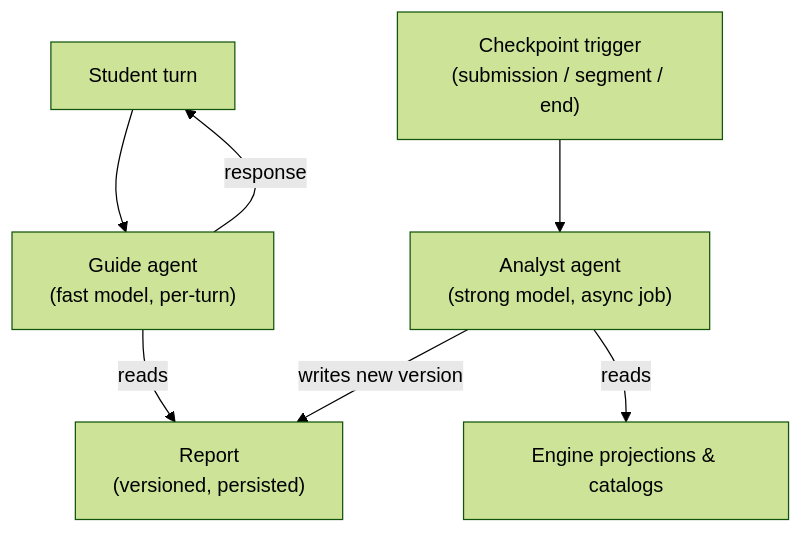
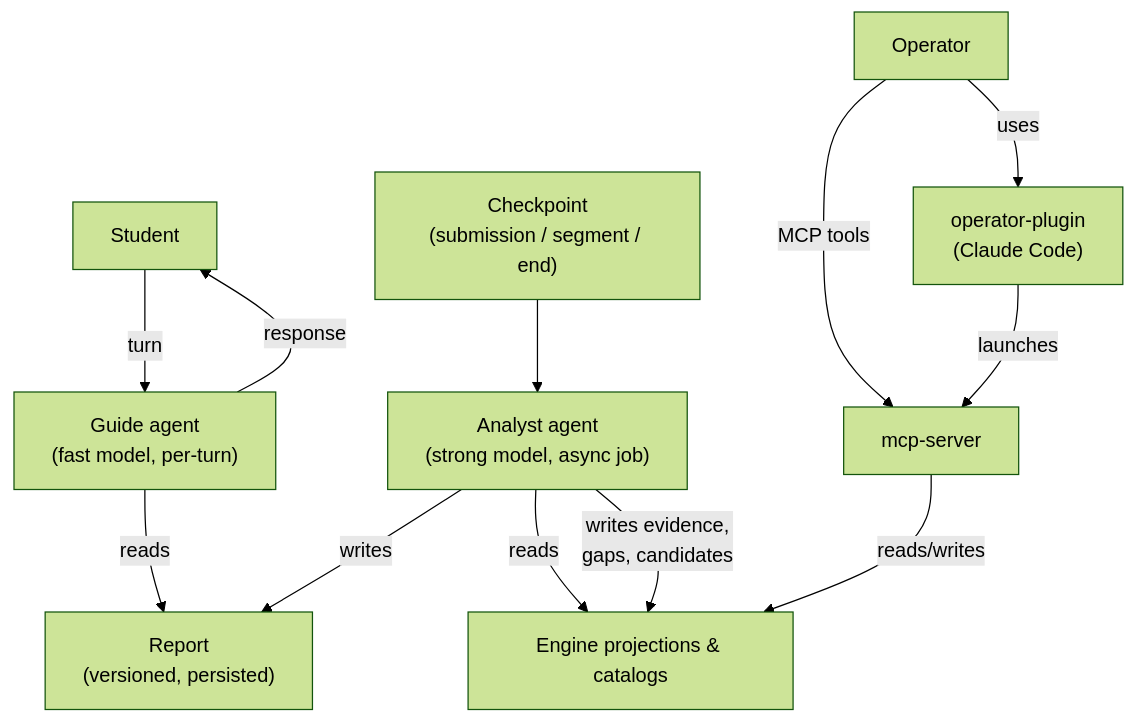
The first of 5 diagrams in src/content/docs/architecture/llm-agents.md (stemolly/wiki), drawn with Mermaid (forest theme) before and after one commit. The commit also changed other lines of this file and 57 other files, not shown here.

````diff
--- a/src/content/docs/architecture/llm-agents.md
+++ b/src/content/docs/architecture/llm-agents.md
@@ -8,9 +8,14 @@
 ```mermaid
 flowchart TD
-    Student["Student turn"] --> Guide["Guide agent<br/>(fast model, per-turn)"]
-    Guide -->|"reads"| Report["Report<br/>(versioned, persisted)"]
-    Guide -->|"response"| Student
-    Checkpoint["Checkpoint trigger<br/>(submission / segment / end)"] --> Analyst["Analyst agent<br/>(strong model, async job)"]
-    Analyst -->|"reads"| Engine["Engine projections & catalogs"]
-    Analyst -->|"writes new version"| Report
+    S["Student"] -->|"turn"| G["Guide agent<br/>(fast model, per-turn)"]
+    G -->|"reads"| R["Report<br/>(versioned, persisted)"]
+    G -->|"response"| S
+    CP["Checkpoint<br/>(submission / segment / end)"] --> A["Analyst agent<br/>(strong model, async job)"]
+    A -->|"reads"| ENG["Engine projections & catalogs"]
+    A -->|"writes"| R
+    A -->|"writes evidence,<br/>gaps, candidates"| ENG
+    OP["Operator"] -->|"MCP tools"| MCP["mcp-server"]
+    MCP -->|"reads/writes"| ENG
+    PLUG["operator-plugin<br/>(Claude Code)"] -->|"launches"| MCP
+    OP -->|"uses"| PLUG
 ```
````
